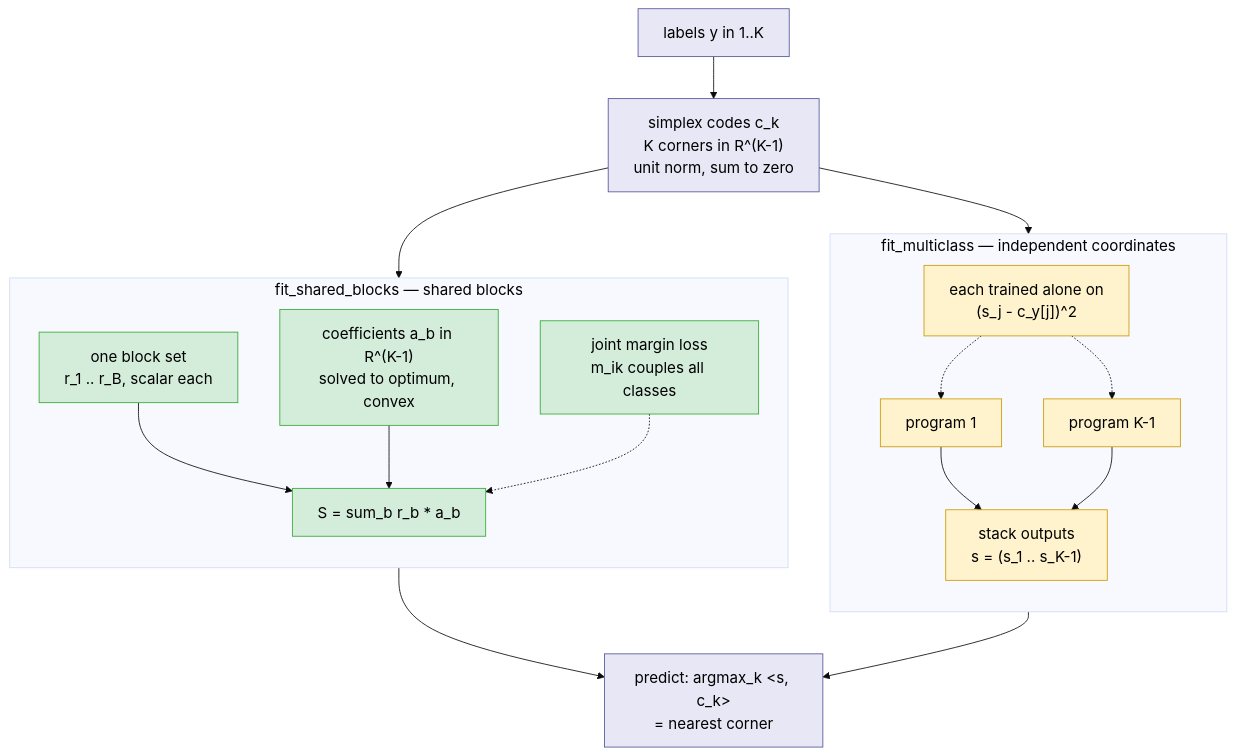
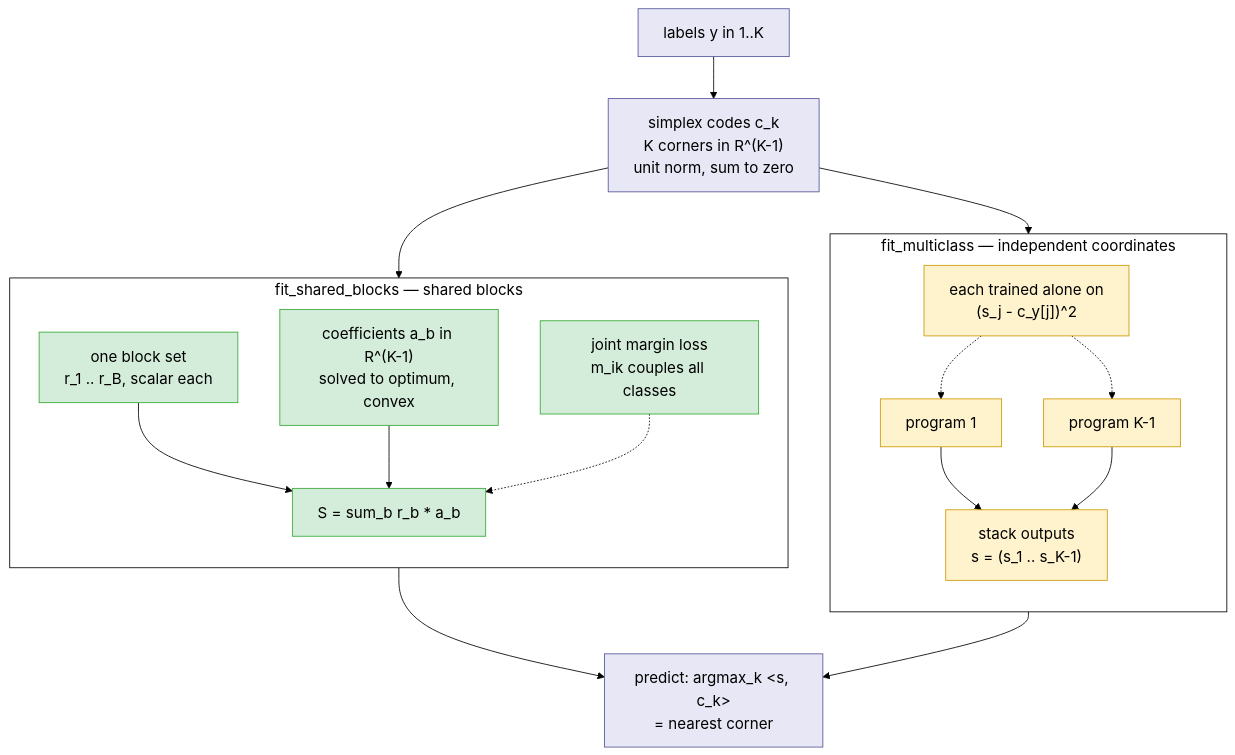
Before and after one commit to Narden91/slim_v2: the second of 2 diagrams in README.md, drawn with Mermaid. The commit also changed other lines of this file, not shown here.

Commit message:
docs: update mermaid diagram theme variables for improved clarity and consistency

````diff
--- a/README.md
+++ b/README.md
@@ -237,32 +237,32 @@
 ```mermaid
-%%{init: {'theme':'base', 'themeVariables': {'fontSize':'18px', 'primaryTextColor':'#000000', 'secondaryTextColor':'#000000', 'tertiaryTextColor':'#000000', 'textColor':'#000000'}}}%%
+%%{init: {'theme':'base', 'themeVariables': {'background':'#ffffff', 'fontSize':'18px', 'primaryTextColor':'#000000', 'secondaryTextColor':'#000000', 'tertiaryTextColor':'#000000', 'textColor':'#000000', 'lineColor':'#000000', 'primaryBorderColor':'#000000', 'secondaryBorderColor':'#000000', 'tertiaryBorderColor':'#000000', 'clusterBkg':'#ffffff', 'clusterBorder':'#000000', 'edgeLabelBackground':'#ffffff'}}}%%
 flowchart TD
     Y["labels y in 1..K"] --> C["simplex codes c_k<br/>K corners in R^(K-1)<br/>unit norm, sum to zero"]
 
     subgraph IND ["fit_multiclass — independent coordinates"]
         direction TB
         I1["program 1"] --> IS["stack outputs<br/>s = (s_1 .. s_K-1)"]
         I2["program K-1"] --> IS
         IL["each trained alone on<br/>(s_j - c_y[j])^2"] -.-> I1
         IL -.-> I2
     end
 
     subgraph SHR ["fit_shared_blocks — shared blocks"]
         direction TB
         B["one block set<br/>r_1 .. r_B, scalar each"] --> M["S = sum_b r_b * a_b"]
         A["coefficients a_b in R^(K-1)<br/>solved to optimum, convex"] --> M
         JL["joint margin loss<br/>m_ik couples all classes"] -.-> M
     end
 
     C --> IND
     C --> SHR
     IS --> PRED["predict: argmax_k &lt;s, c_k&gt;<br/>= nearest corner"]
     M --> PRED
 
-    classDef geom fill:#e7e7f5,stroke:#559
-    classDef ind fill:#fff3cd,stroke:#c90
-    classDef shr fill:#d4edda,stroke:#3a3
+    classDef geom fill:#e7e7f5,stroke:#559,color:#000
+    classDef ind fill:#fff3cd,stroke:#c90,color:#000
+    classDef shr fill:#d4edda,stroke:#3a3,color:#000
     class Y,C,PRED geom
     class I1,I2,IS,IL ind
     class B,A,M,JL shr
 ```
````
